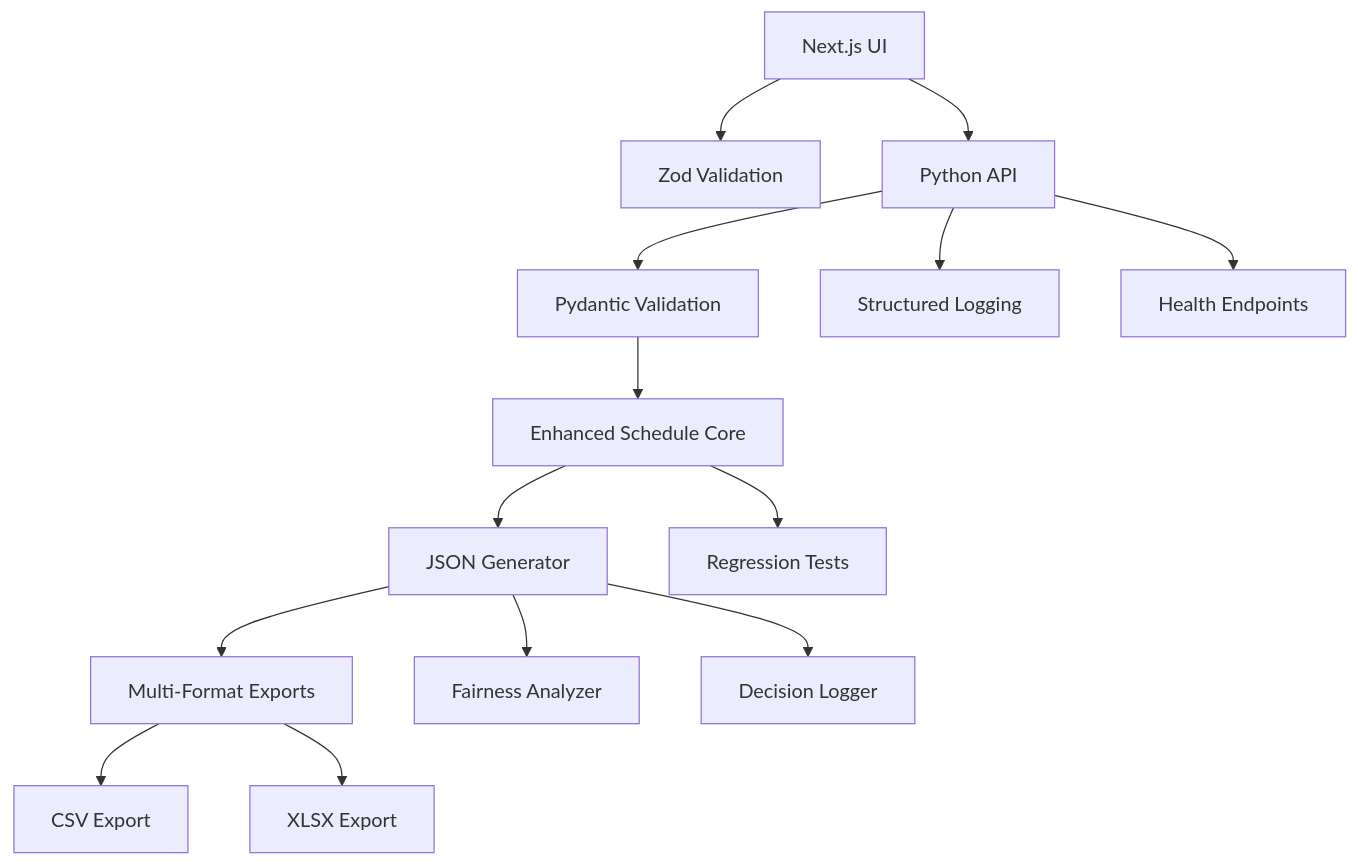
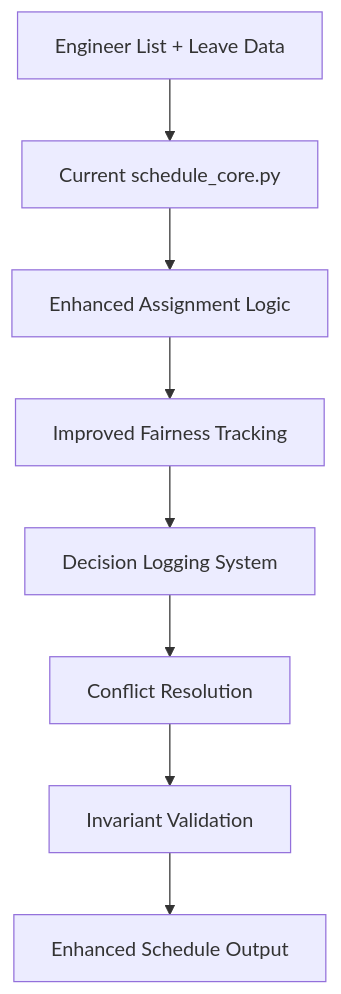
The diagram in .kiro/specs/scheduler-engine-improvements/design.md (creedlife11/vercel-scheduler-repo), drawn with Mermaid before and after one commit. The commit also changed other lines of this file and 32 other files, not shown here.

Commit message:
Fix 405 Method Not Allowed error by removing conflicting Python API endpoint

````diff
--- a/.kiro/specs/scheduler-engine-improvements/design.md
+++ b/.kiro/specs/scheduler-engine-improvements/design.md
@@ -11,16 +11,10 @@
 ```mermaid
 graph TB
-    UI[Next.js UI] --> Validation[Zod Validation]
-    UI --> API[Python API]
-    API --> PyValidation[Pydantic Validation]
-    PyValidation --> Core[Enhanced Schedule Core]
-    Core --> JSON[JSON Generator]
-    JSON --> Exports[Multi-Format Exports]
-    JSON --> Fairness[Fairness Analyzer]
-    JSON --> DecisionLog[Decision Logger]
-    Exports --> CSV[CSV Export]
-    Exports --> XLSX[XLSX Export]
-    Core --> Tests[Regression Tests]
-    API --> Monitoring[Structured Logging]
-    API --> Health[Health Endpoints]
+    Input[Engineer List + Leave Data] --> CurrentCore[Current schedule_core.py]
+    CurrentCore --> EnhancedAssignment[Enhanced Assignment Logic]
+    EnhancedAssignment --> ImprovedFairness[Improved Fairness Tracking]
+    ImprovedFairness --> DecisionLogging[Decision Logging System]
+    DecisionLogging --> ConflictResolution[Conflict Resolution]
+    ConflictResolution --> InvariantChecking[Invariant Validation]
+    InvariantChecking --> Output[Enhanced Schedule Output]
 ```
````
